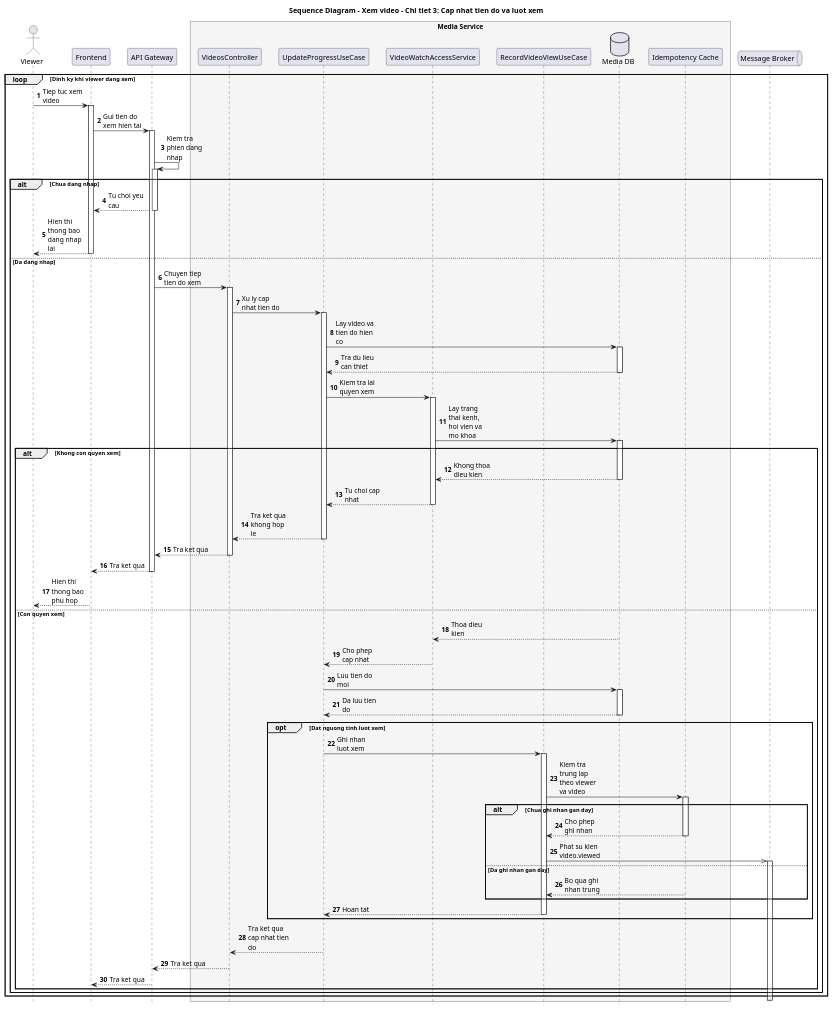
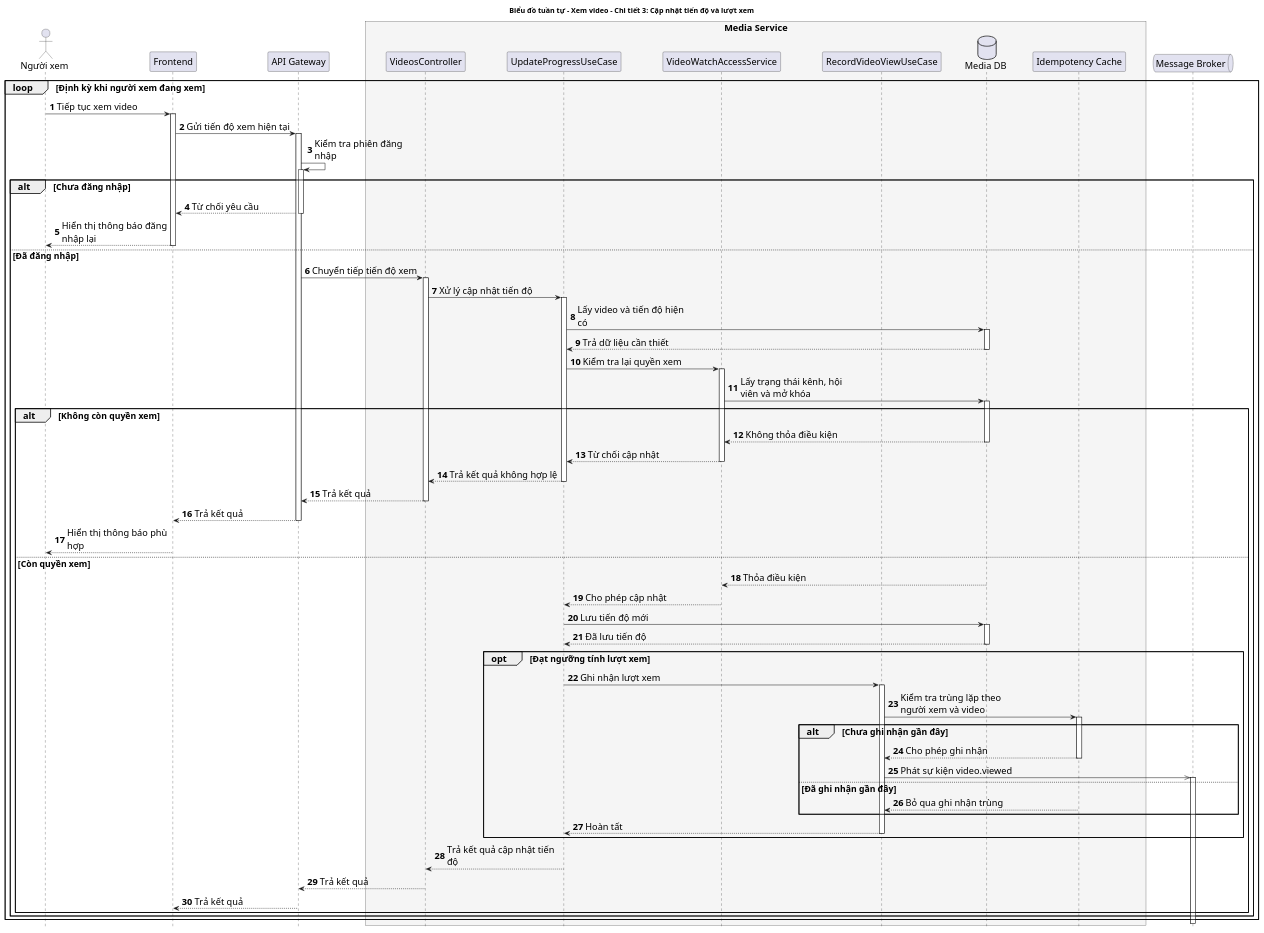
Before and after one commit to nanhph04/media-serivce-da: the diagram in docs/sequence-diagrams/watch-video/watch-video-detail-03-progress-view-event.puml, drawn with PlantUML. The commit also changed 36 other files, not shown here.

First line of the commit message:
Refactor and enhance activity and sequence diagrams for video management and admin channel locking

```diff
--- a/docs/sequence-diagrams/watch-video/watch-video-detail-03-progress-view-event.puml
+++ b/docs/sequence-diagrams/watch-video/watch-video-detail-03-progress-view-event.puml
@@ -1,76 +1,84 @@
 @startuml
-title Sequence Diagram - Xem video - Chi tiet 3: Cap nhat tien do va luot xem
+title Biểu đồ tuần tự - Xem video - Chi tiết 3: Cập nhật tiến độ và lượt xem
 autonumber
 autoactivate on
 hide footbox
 
-skinparam maxMessageSize 80
-skinparam ParticipantPadding 12
+skinparam maxMessageSize 220
+skinparam ParticipantPadding 36
+skinparam defaultFontSize 18
+skinparam sequence {
+  ActorFontSize 18
+  ParticipantFontSize 18
+  MessageFontSize 17
+  GroupFontSize 17
+  ReferenceFontSize 17
+}
 skinparam BoxPadding 8
 
-actor "Viewer" as Viewer
+actor "Người xem" as Viewer
 participant "Frontend" as FE
 participant "API Gateway" as GW
 
 box "Media Service" #F5F5F5
   participant "VideosController" as VC
   participant "UpdateProgressUseCase" as ProgressUC
   participant "VideoWatchAccessService" as Access
   participant "RecordVideoViewUseCase" as ViewUC
   database "Media DB" as DB
   participant "Idempotency Cache" as Idempotency
 end box
 
 queue "Message Broker" as Broker
 
-loop Dinh ky khi viewer dang xem
-  Viewer -> FE: Tiep tuc xem video
-  FE -> GW: Gui tien do xem hien tai
-  GW -> GW: Kiem tra phien dang nhap
+loop Định kỳ khi người xem đang xem
+  Viewer -> FE: Tiếp tục xem video
+  FE -> GW: Gửi tiến độ xem hiện tại
+  GW -> GW: Kiểm tra phiên đăng nhập
 
-  alt Chua dang nhap
-    GW --> FE: Tu choi yeu cau
-    FE --> Viewer: Hien thi thong bao dang nhap lai
-  else Da dang nhap
-    GW -> VC: Chuyen tiep tien do xem
-    VC -> ProgressUC: Xu ly cap nhat tien do
-    ProgressUC -> DB: Lay video va tien do hien co
-    DB --> ProgressUC: Tra du lieu can thiet
-    ProgressUC -> Access: Kiem tra lai quyen xem
-    Access -> DB: Lay trang thai kenh, hoi vien va mo khoa
+  alt Chưa đăng nhập
+    GW --> FE: Từ chối yêu cầu
+    FE --> Viewer: Hiển thị thông báo đăng nhập lại
+  else Đã đăng nhập
+    GW -> VC: Chuyển tiếp tiến độ xem
+    VC -> ProgressUC: Xử lý cập nhật tiến độ
+    ProgressUC -> DB: Lấy video và tiến độ hiện có
+    DB --> ProgressUC: Trả dữ liệu cần thiết
+    ProgressUC -> Access: Kiểm tra lại quyền xem
+    Access -> DB: Lấy trạng thái kênh, hội viên và mở khóa
 
-    alt Khong con quyen xem
-      DB --> Access: Khong thoa dieu kien
-      Access --> ProgressUC: Tu choi cap nhat
-      ProgressUC --> VC: Tra ket qua khong hop le
-      VC --> GW: Tra ket qua
-      GW --> FE: Tra ket qua
-      FE --> Viewer: Hien thi thong bao phu hop
-    else Con quyen xem
-      DB --> Access: Thoa dieu kien
-      Access --> ProgressUC: Cho phep cap nhat
-      ProgressUC -> DB: Luu tien do moi
-      DB --> ProgressUC: Da luu tien do
+    alt Không còn quyền xem
+      DB --> Access: Không thỏa điều kiện
+      Access --> ProgressUC: Từ chối cập nhật
+      ProgressUC --> VC: Trả kết quả không hợp lệ
+      VC --> GW: Trả kết quả
+      GW --> FE: Trả kết quả
+      FE --> Viewer: Hiển thị thông báo phù hợp
+    else Còn quyền xem
+      DB --> Access: Thỏa điều kiện
+      Access --> ProgressUC: Cho phép cập nhật
+      ProgressUC -> DB: Lưu tiến độ mới
+      DB --> ProgressUC: Đã lưu tiến độ
 
-      opt Dat nguong tinh luot xem
-        ProgressUC -> ViewUC: Ghi nhan luot xem
-        ViewUC -> Idempotency: Kiem tra trung lap theo viewer va video
+      opt Đạt ngưỡng tính lượt xem
+        ProgressUC -> ViewUC: Ghi nhận lượt xem
+        ViewUC -> Idempotency: Kiểm tra trùng lặp theo người xem và video
 
-        alt Chua ghi nhan gan day
-          Idempotency --> ViewUC: Cho phep ghi nhan
-          ViewUC ->> Broker: Phat su kien video.viewed
-        else Da ghi nhan gan day
-          Idempotency --> ViewUC: Bo qua ghi nhan trung
+        alt Chưa ghi nhận gần đây
+          Idempotency --> ViewUC: Cho phép ghi nhận
+          ViewUC ->> Broker: Phát sự kiện video.viewed
+        else Đã ghi nhận gần đây
+          Idempotency --> ViewUC: Bỏ qua ghi nhận trùng
         end
 
-        ViewUC --> ProgressUC: Hoan tat
+        ViewUC --> ProgressUC: Hoàn tất
       end
 
-      ProgressUC --> VC: Tra ket qua cap nhat tien do
-      VC --> GW: Tra ket qua
-      GW --> FE: Tra ket qua
+      ProgressUC --> VC: Trả kết quả cập nhật tiến độ
+      VC --> GW: Trả kết quả
+      GW --> FE: Trả kết quả
     end
   end
 end
 
 @enduml
```
